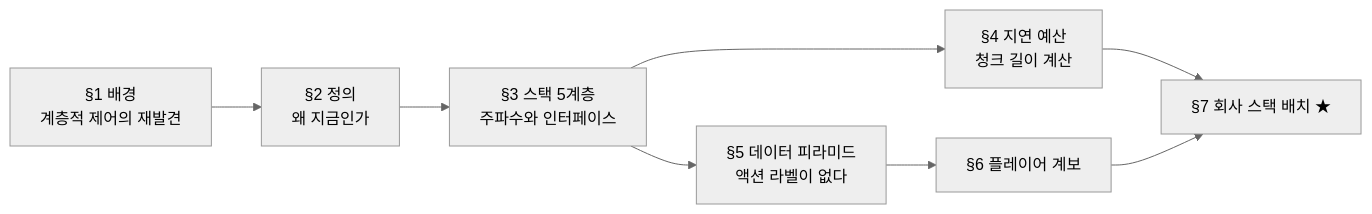
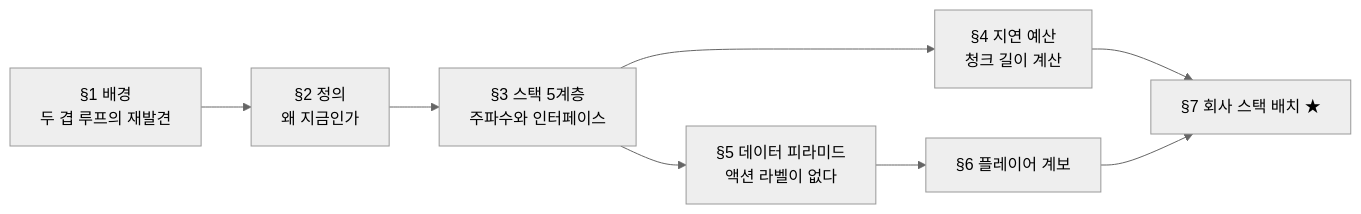
One commit to sguys99/physical-ai-study changed the first of 4 diagrams in course/w1-generative-core/01-physical-ai-landscape/lesson.md. Above: the diagram before and after it, drawn with Mermaid (neutral theme). The commit also changed other lines of this file and 2 other files, not shown here.

````diff
--- a/course/w1-generative-core/01-physical-ai-landscape/lesson.md
+++ b/course/w1-generative-core/01-physical-ai-landscape/lesson.md
@@ -40,10 +45,10 @@
 ```mermaid
 flowchart LR
-  S1["§1 배경<br/>계층적 제어의 재발견"] --> S2["§2 정의<br/>왜 지금인가"]
+  S1["§1 배경<br/>두 겹 루프의 재발견"] --> S2["§2 정의<br/>왜 지금인가"]
   S2 --> S3["§3 스택 5계층<br/>주파수와 인터페이스"]
   S3 --> S4["§4 지연 예산<br/>청크 길이 계산"]
   S3 --> S5["§5 데이터 피라미드<br/>액션 라벨이 없다"]
   S4 --> S7["§7 회사 스택 배치 ★"]
   S5 --> S6["§6 플레이어 계보"]
   S6 --> S7
 ```
````
